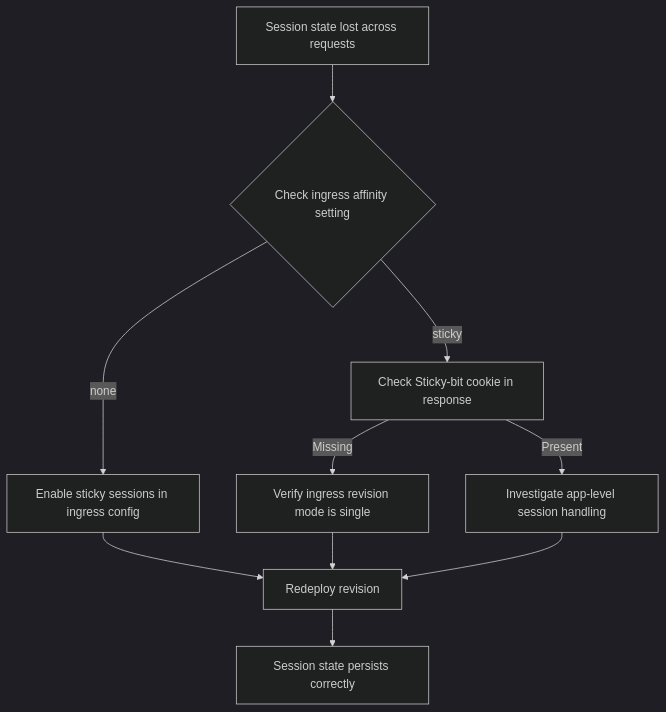
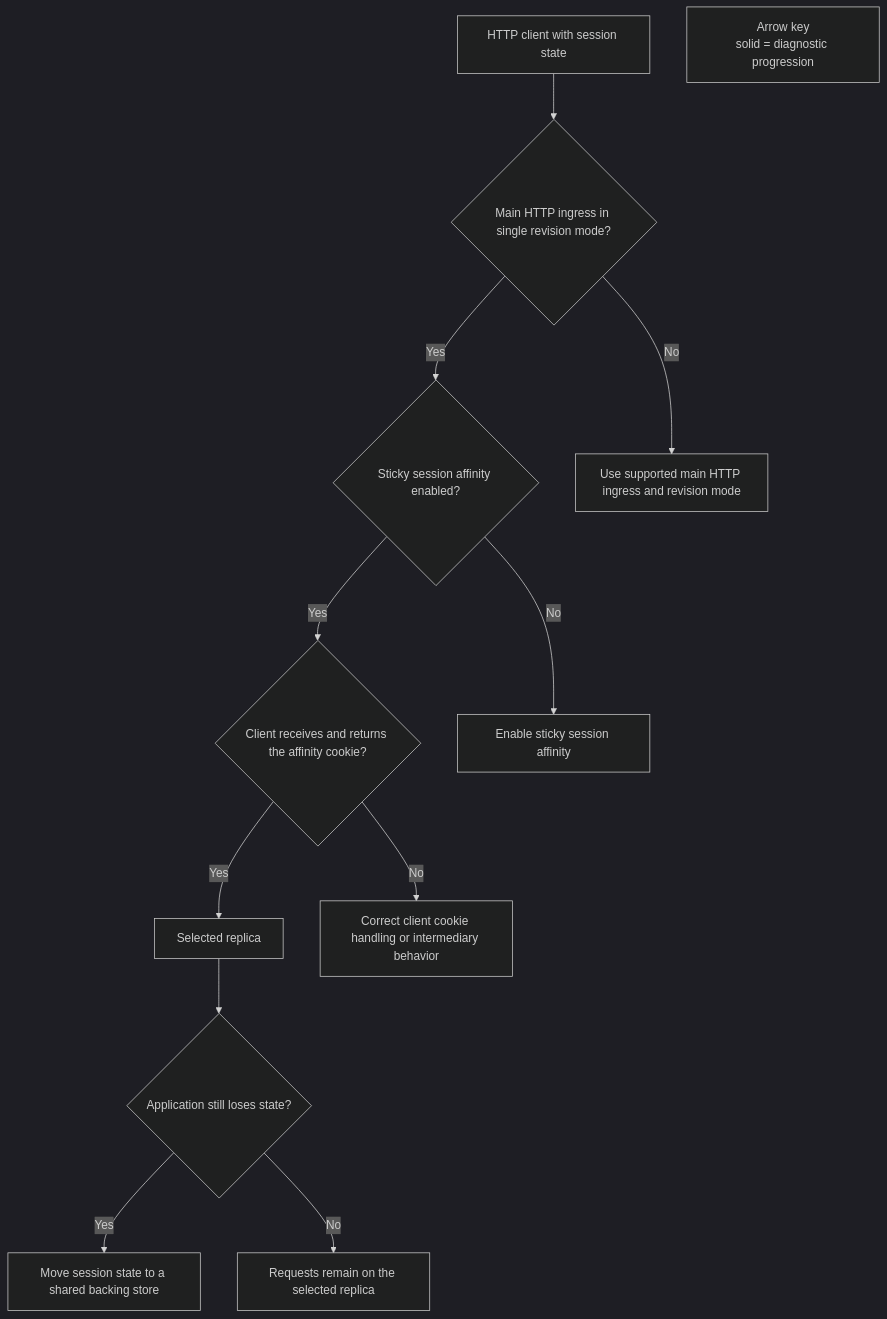
The diagram in docs/troubleshooting/playbooks/networking-advanced/session-affinity-failure.md (yeongseon/azure-container-apps-practical-guide), drawn with Mermaid (dark theme) before and after one commit. The commit also changed other lines of this file and 23 other files, not shown here.

First line of the commit message:
docs(diagrams): migrate troubleshooting playbook diagrams (#626)

````diff
--- a/docs/troubleshooting/playbooks/networking-advanced/session-affinity-failure.md
+++ b/docs/troubleshooting/playbooks/networking-advanced/session-affinity-failure.md
@@ -26,12 +29,30 @@
 ```mermaid
 flowchart TD
-    A[Session state lost across requests] --> B{Check ingress affinity setting}
-    B -->|none| C[Enable sticky sessions in ingress config]
-    B -->|sticky| D[Check Sticky-bit cookie in response]
-    C --> E[Redeploy revision]
-    D -->|Missing| F[Verify ingress revision mode is single]
-    D -->|Present| G[Investigate app-level session handling]
-    F --> E
-    G --> E
-    E --> H[Session state persists correctly]
+    accTitle: Diagnose HTTP session affinity
+    accDescr: Verify the request uses main HTTP ingress in single revision mode, sticky session affinity is enabled, and the client returns the affinity cookie.
+
+    CLIENT[HTTP client with session state]
+    PATH{Main HTTP ingress in single revision mode?}
+    CONFIG{Sticky session affinity enabled?}
+    COOKIE{Client receives and returns the affinity cookie?}
+    REPLICA[Selected replica]
+    APP{Application still loses state?}
+    PATH_FIX[Use supported main HTTP ingress and revision mode]
+    CONFIG_FIX[Enable sticky session affinity]
+    CLIENT_FIX[Correct client cookie handling or intermediary behavior]
+    STATE_FIX[Move session state to a shared backing store]
+    SUCCESS[Requests remain on the selected replica]
+
+    CLIENT --> PATH
+    PATH -->|No| PATH_FIX
+    PATH -->|Yes| CONFIG
+    CONFIG -->|No| CONFIG_FIX
+    CONFIG -->|Yes| COOKIE
+    COOKIE -->|No| CLIENT_FIX
+    COOKIE -->|Yes| REPLICA
+    REPLICA --> APP
+    APP -->|Yes| STATE_FIX
+    APP -->|No| SUCCESS
+
+    LEGEND["Arrow key<br/>solid = diagnostic progression"]
 ```
````
